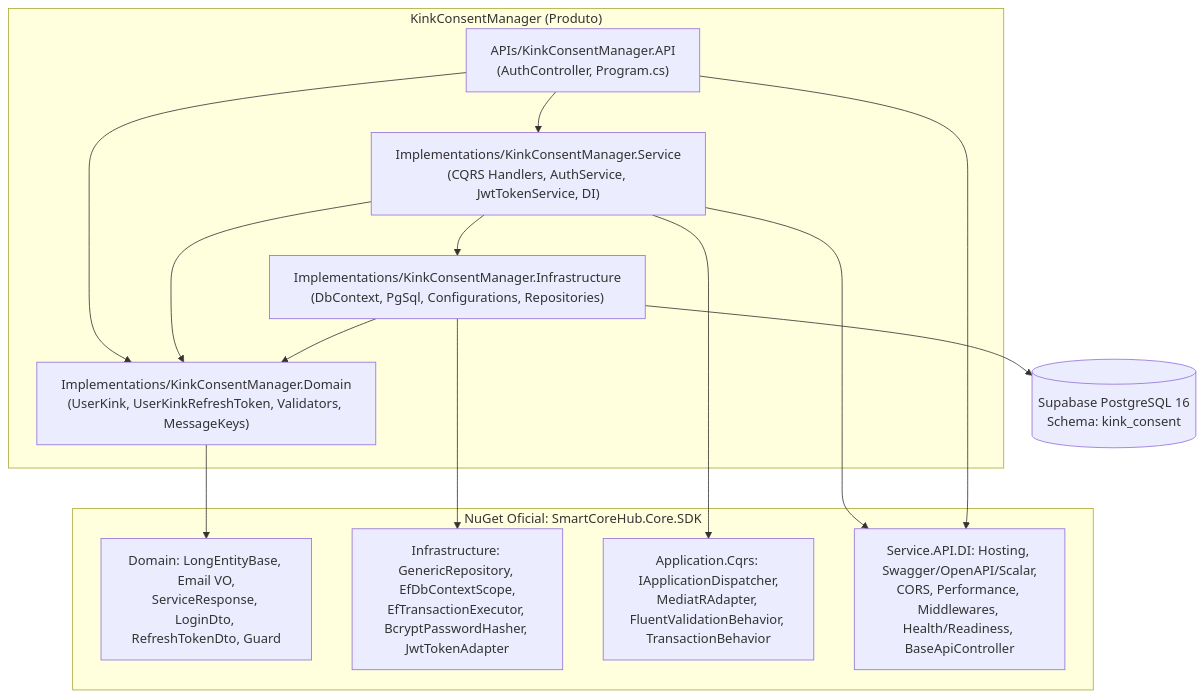
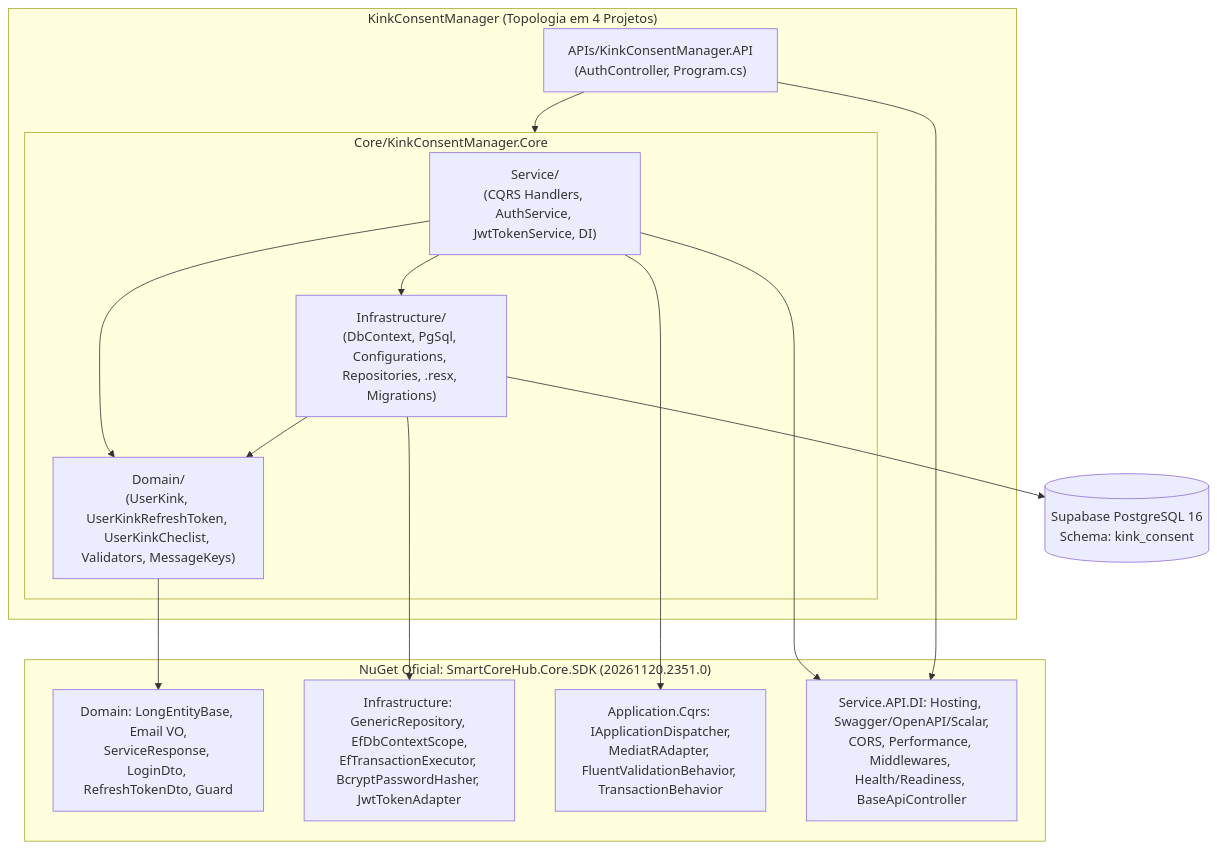
One commit to LeoneRocha/kinkconsentmanager changed the diagram in docs/Backend/DOCUMENTO_IMPLEMENTACAO_BACKEND.md. Above: the diagram before and after it, drawn with Mermaid. The commit also changed other lines of this file and 92 other files, not shown here.

Commit message:
test: add unit and integration tests for auth controller and api

````diff
--- a/docs/Backend/DOCUMENTO_IMPLEMENTACAO_BACKEND.md
+++ b/docs/Backend/DOCUMENTO_IMPLEMENTACAO_BACKEND.md
@@ -54,31 +53,32 @@
 ```mermaid
 graph TB
-    subgraph Host["KinkConsentManager (Produto)"]
+    subgraph Host["KinkConsentManager (Topologia em 4 Projetos)"]
         API["APIs/KinkConsentManager.API\n(AuthController, Program.cs)"]
-        Service["Implementations/KinkConsentManager.Service\n(CQRS Handlers, AuthService, JwtTokenService, DI)"]
-        Infra["Implementations/KinkConsentManager.Infrastructure\n(DbContext, PgSql, Configurations, Repositories)"]
-        Domain["Implementations/KinkConsentManager.Domain\n(UserKink, UserKinkRefreshToken, Validators, MessageKeys)"]
+        subgraph Core["Core/KinkConsentManager.Core"]
+            Service["Service/\n(CQRS Handlers, AuthService, JwtTokenService, DI)"]
+            Infra["Infrastructure/\n(DbContext, PgSql, Configurations, Repositories, .resx, Migrations)"]
+            Domain["Domain/\n(UserKink, UserKinkRefreshToken, UserKinkCheclist, Validators, MessageKeys)"]
+        end
     end
 
-    subgraph NuGet["NuGet Oficial: SmartCoreHub.Core.SDK"]
+    subgraph NuGet["NuGet Oficial: SmartCoreHub.Core.SDK (20261120.2351.0)"]
         SDK_Domain["Domain: LongEntityBase, Email VO,\nServiceResponse<T>, LoginDto, RefreshTokenDto, Guard"]
         SDK_Infra["Infrastructure: GenericRepository<T,TCtx>, EfDbContextScope,\nEfTransactionExecutor, BcryptPasswordHasher, JwtTokenAdapter"]
         SDK_App["Application.Cqrs: IApplicationDispatcher,\nMediatRAdapter, FluentValidationBehavior, TransactionBehavior"]
         SDK_API["Service.API.DI: Hosting, Swagger/OpenAPI/Scalar,\nCORS, Performance, Middlewares, Health/Readiness, BaseApiController"]
     end
 
     Supabase[("Supabase PostgreSQL 16\nSchema: kink_consent")]
 
-    API --> Service
-    API --> Domain
+    API --> Core
     Service --> Domain
     Service --> Infra
     Infra --> Domain
     Infra --> Supabase
 
     Domain --> SDK_Domain
     Infra --> SDK_Infra
     Service --> SDK_App
     Service --> SDK_API
     API --> SDK_API
 ```
````
